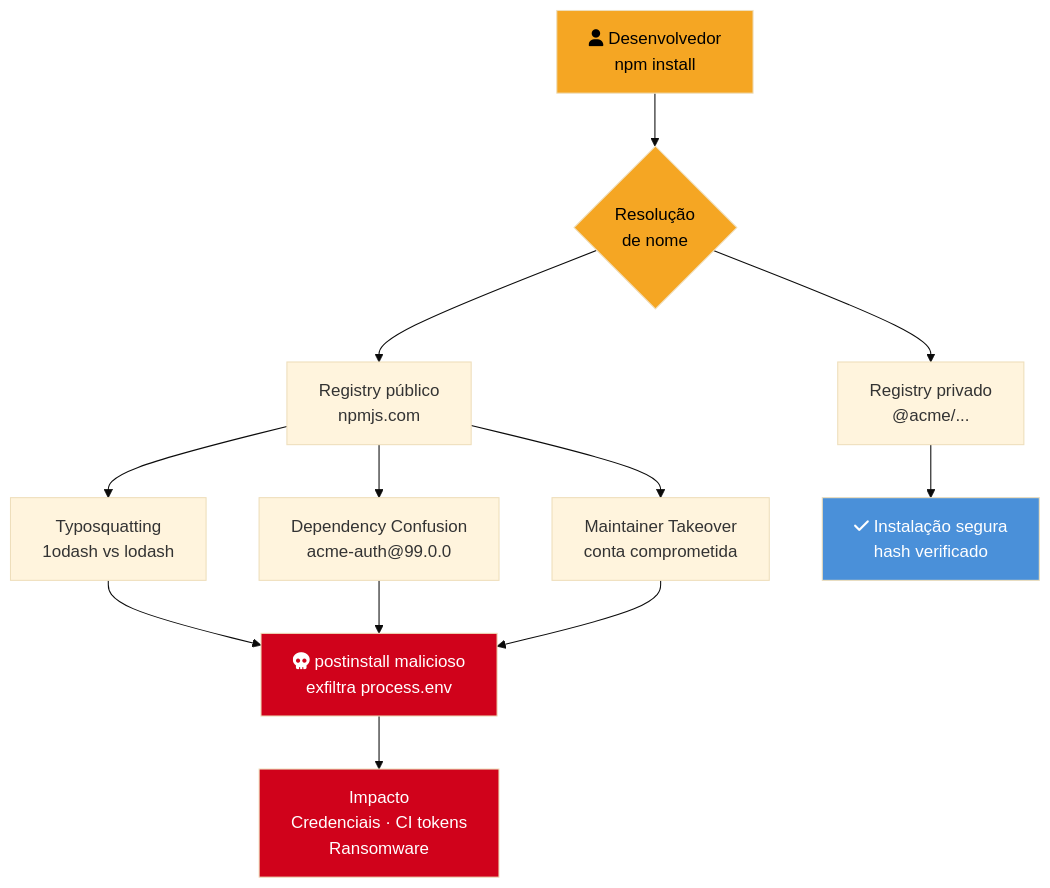
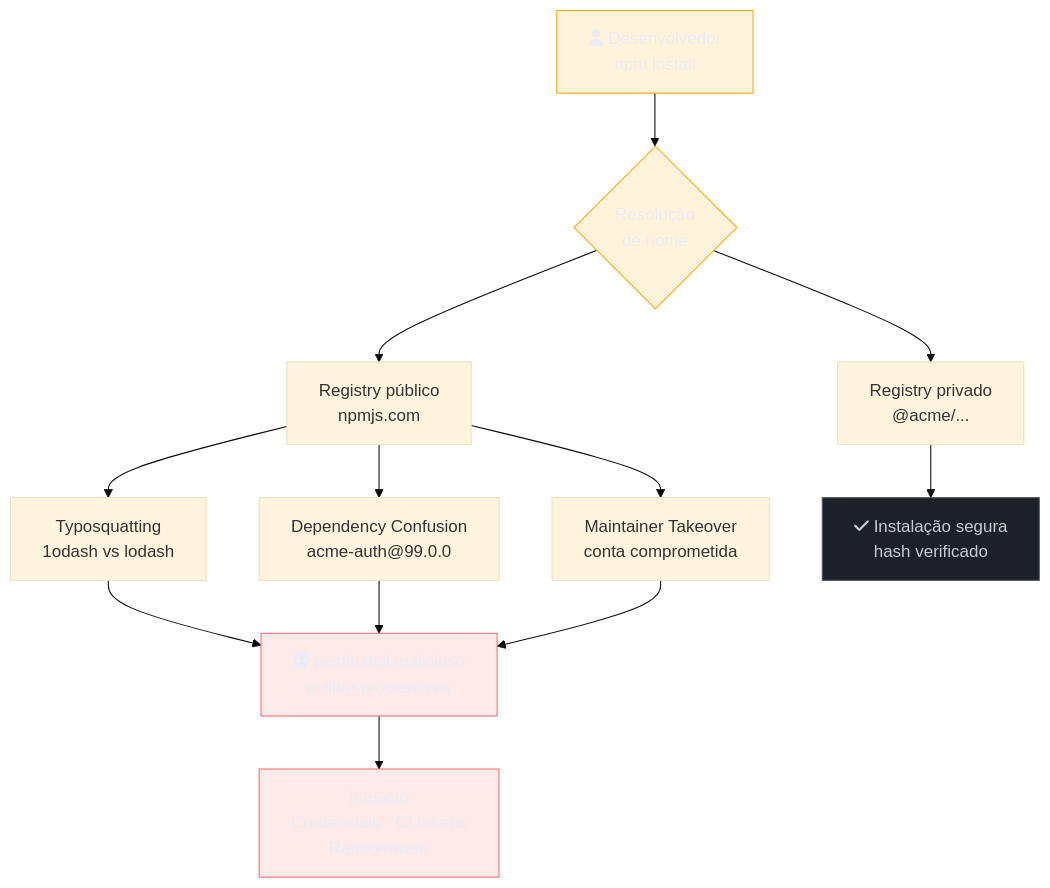
The diagram in 03-Dominios/Tecnologia/Node/Segurança/01 - Supply chain attacks e npm audit.md (josenaldo/codex-technomanticus), drawn with Mermaid (base theme) before and after one commit. The commit also changed 1181 other files, not shown here.

First line of the commit message:
fix(diagramas): paleta do sistema no lugar de cor cravada no markdown

````diff
--- a/03-Dominios/Tecnologia/Node/Segurança/01 - Supply chain attacks e npm audit.md
+++ b/03-Dominios/Tecnologia/Node/Segurança/01 - Supply chain attacks e npm audit.md
@@ -26,25 +26,28 @@
 ```mermaid
 flowchart TD
+    classDef falha fill:#FF6B6B24,stroke:#FF6B6B,color:#E9ECF2
+    classDef neutro fill:#1B2029,stroke:#4E5666,color:#C6CCD8
+    classDef destaque fill:#FFAA0024,stroke:#FFAA00,color:#E9ECF2
     DEV["fa:fa-user Desenvolvedor\nnpm install"] --> RESOLVE{"Resolução\nde nome"}
 
     RESOLVE --> PUB["Registry público\nnpmjs.com"]
     RESOLVE --> PRIV["Registry privado\n@acme/..."]
 
     PUB --> TYPO["Typosquatting\n1odash vs lodash"]
     PUB --> CONF["Dependency Confusion\nacme-auth@99.0.0"]
     PUB --> TAKE["Maintainer Takeover\nconta comprometida"]
 
     TYPO --> EVIL["fa:fa-skull postinstall malicioso\nexfiltra process.env"]
     CONF --> EVIL
     TAKE --> EVIL
 
     PRIV --> SAFE["fa:fa-check Instalação segura\nhash verificado"]
 
     EVIL --> IMPACT["Impacto\nCredenciais · CI tokens\nRansomware"]
 
-    style EVIL fill:#D0021B,color:#fff
-    style SAFE fill:#4A90D9,color:#fff
-    style IMPACT fill:#D0021B,color:#fff
-    style DEV fill:#F5A623,color:#000
-    style RESOLVE fill:#F5A623,color:#000
+    class EVIL falha
+    class SAFE neutro
+    class IMPACT falha
+    class DEV destaque
+    class RESOLVE destaque
 ```
````
